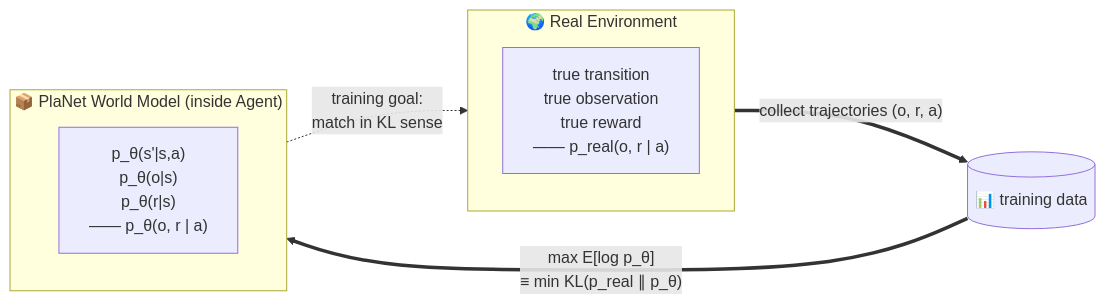
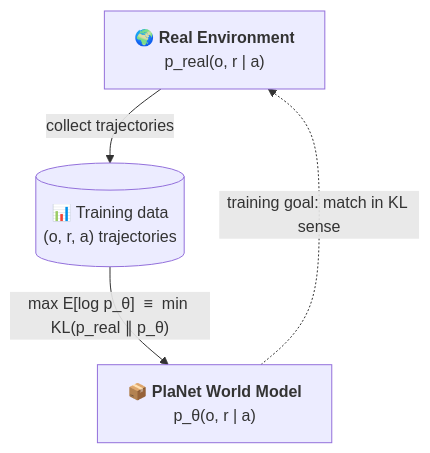
One commit to jinxinzhou/world-model-study changed the seventh of 7 diagrams in World-Model-Study-Notes.md. Above: the diagram before and after it, drawn with Mermaid. The commit also changed 1 other file, not shown here.

Commit message:
fix: simplify world-model approximating env diagram (TB layout, 3 nodes, no subgraphs)
The previous version used subgraphs with multi-line internal nodes plus
LR layout, causing the boxes to become cramped. Replaced with a clean
top-bottom flow:

  🌍 Real env -> 📊 training data -> 📦 World Model
                                            |
                                       (dashed: match in KL sense, back to env)

Each node is a single short label, no subgraph nesting. Sync ZH + EN.
Not pushing yet.

````diff
--- a/World-Model-Study-Notes.md
+++ b/World-Model-Study-Notes.md
@@ -1804,14 +1804,10 @@
 ```mermaid
-flowchart LR
-    subgraph Real["🌍 Real Environment"]
-        ETrans["true transition<br/>true observation<br/>true reward<br/>—— p_real(o, r | a)"]
-    end
+flowchart TB
+    Real["🌍 <b>Real Environment</b><br/>p_real(o, r | a)"]
+    Data[("📊 Training data<br/>(o, r, a) trajectories")]
+    Model["📦 <b>PlaNet World Model</b><br/>p_θ(o, r | a)"]
 
-    subgraph Model["📦 PlaNet World Model (inside Agent)"]
-        MTrans["p_θ(s'|s,a)<br/>p_θ(o|s)<br/>p_θ(r|s)<br/>—— p_θ(o, r | a)"]
-    end
-
-    Real == "collect trajectories (o, r, a)" ==> Data[("📊 training data")]
-    Data == "max E[log p_θ]<br/>≡ min KL(p_real ∥ p_θ)" ==> Model
-    Model -. "training goal:<br/>match in KL sense" .-> Real
+    Real -->|"collect trajectories"| Data
+    Data -->|"max E[log p_θ] &nbsp;≡&nbsp; min KL(p_real ∥ p_θ)"| Model
+    Model -. "training goal: match in KL sense" .-> Real
 ```
````
